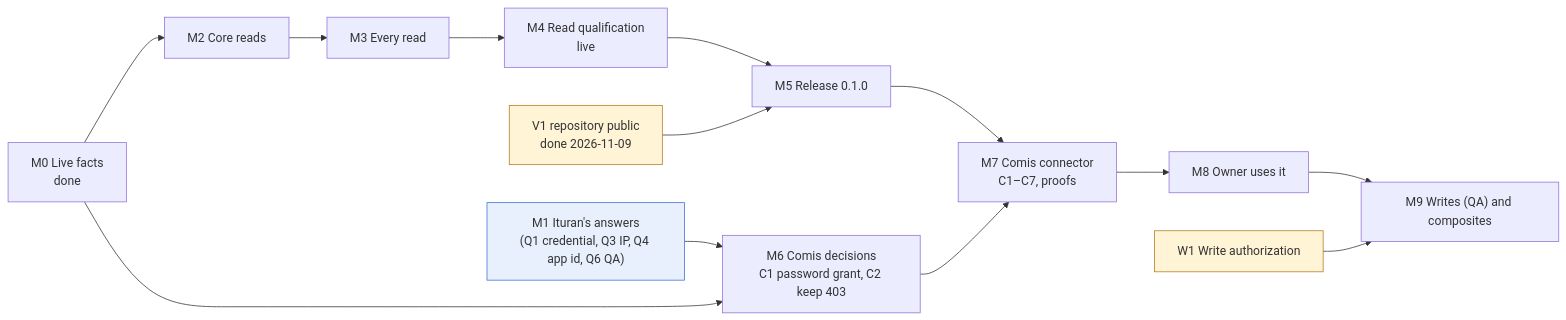
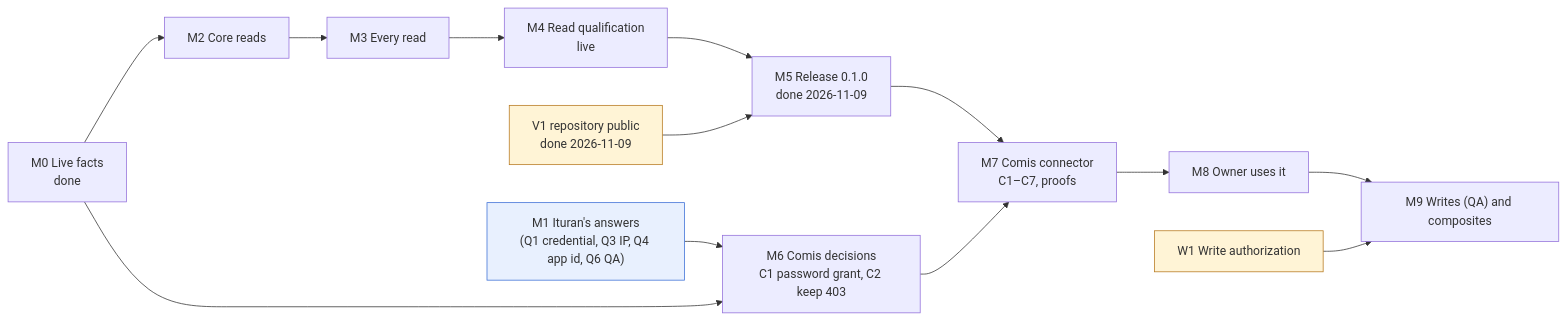
The first of 2 diagrams in docs/ituran-axi-master-plan.md (comisai/ituran-axi), drawn with Mermaid before and after one commit. The commit also changed other lines of this file and 3 other files, not shown here.

````diff
--- a/docs/ituran-axi-master-plan.md
+++ b/docs/ituran-axi-master-plan.md
@@ -75,17 +76,17 @@
 ```mermaid
 flowchart LR
   M0["M0 Live facts<br/>done"] --> M2["M2 Core reads"]
   M2 --> M3["M3 Every read"]
   M3 --> M4["M4 Read qualification<br/>live"]
-  M4 --> M5["M5 Release 0.1.0"]
+  M4 --> M5["M5 Release 0.1.0<br/>done 2026-11-09"]
   V1["V1 repository public<br/>done 2026-11-09"]:::decision --> M5
   M1["M1 Ituran's answers<br/>(Q1 credential, Q3 IP, Q4 app id, Q6 QA)"]:::ext --> M6
   M0 --> M6["M6 Comis decisions<br/>C1 password grant, C2 keep 403"]
   M5 --> M7["M7 Comis connector<br/>C1–C7, proofs"]
   M6 --> M7
   M7 --> M8["M8 Owner uses it"]
   M8 --> M9["M9 Writes (QA) and composites"]
   W1["W1 Write authorization"]:::decision --> M9
   classDef decision fill:#fff4d6,stroke:#b7791f;
   classDef ext fill:#e8f0fe,stroke:#3b6fd6;
 ```
````
